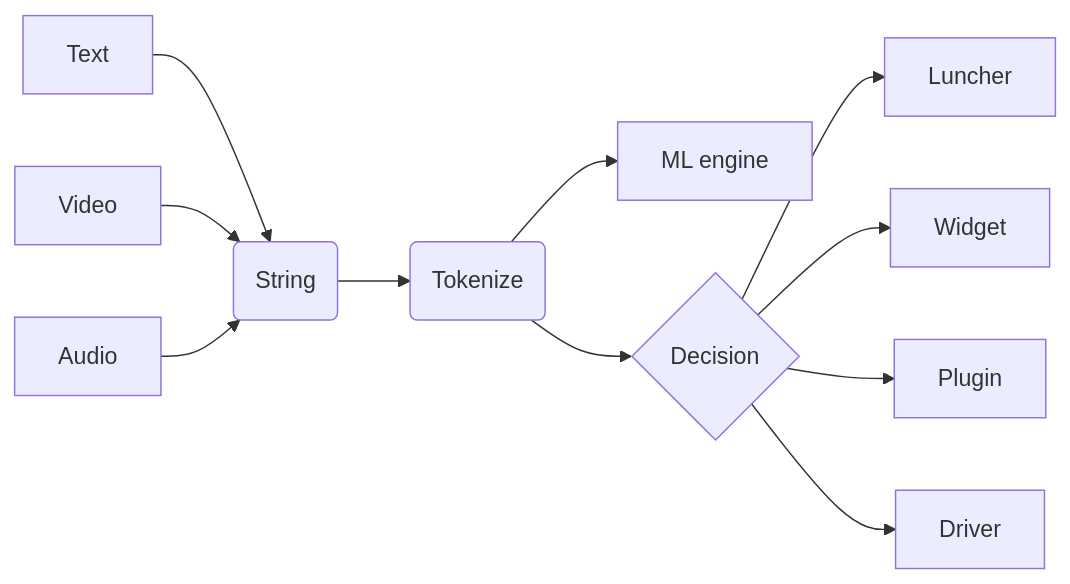
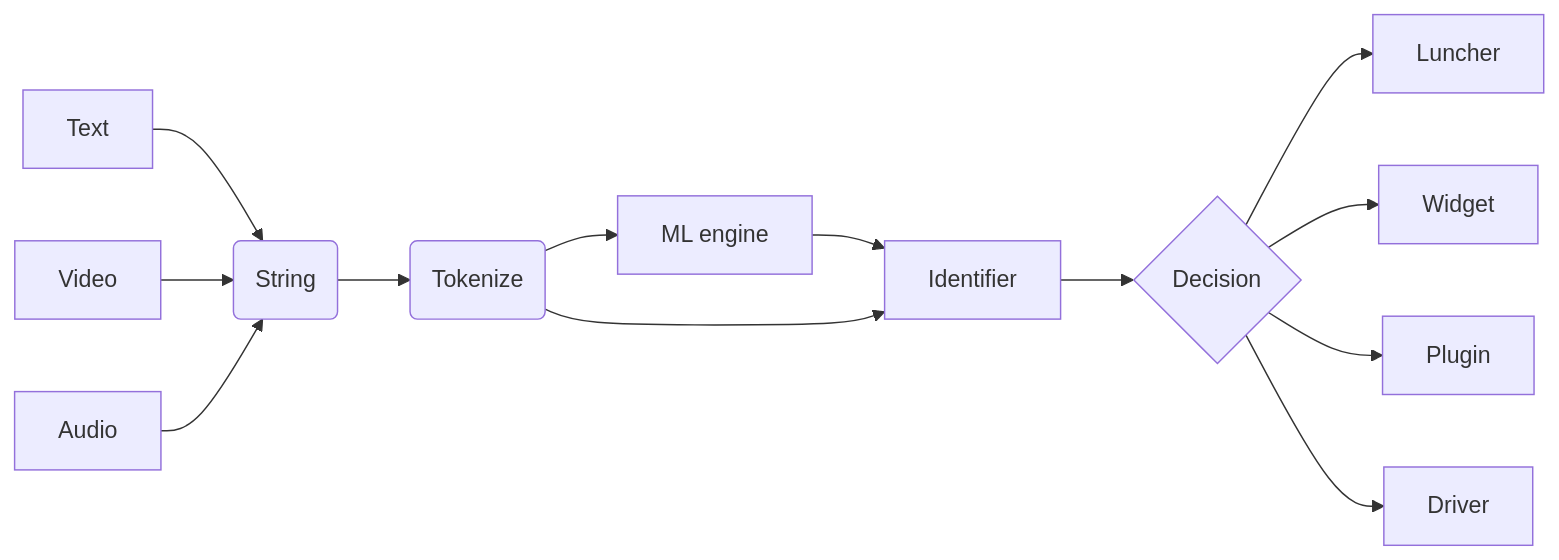
One commit to sh-navid/NExT changed the diagram in README.md. Above: the diagram before and after it, drawn with Mermaid.

````diff
--- a/README.md
+++ b/README.md
@@ -7,17 +7,19 @@
 ```mermaid
 flowchart LR
 
 A1[Text]  -->| | B(String)
 A2[Video] -->| | B(String)
 A3[Audio] -->| | B(String)
 
 B -->| | T(Tokenize)
 
 T --> L[ML engine]
+L --> I
+T --> I[Identifier]
 
-T --> C{Decision}
+I --> C{Decision}
 C -->| | D1[Luncher]
 C -->| | D2[Widget]
 C -->| | D3[Plugin]
 C -->| | D4[Driver]
 ```
````
